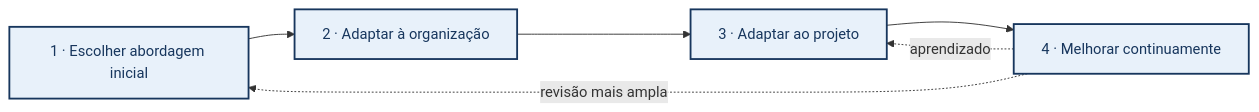
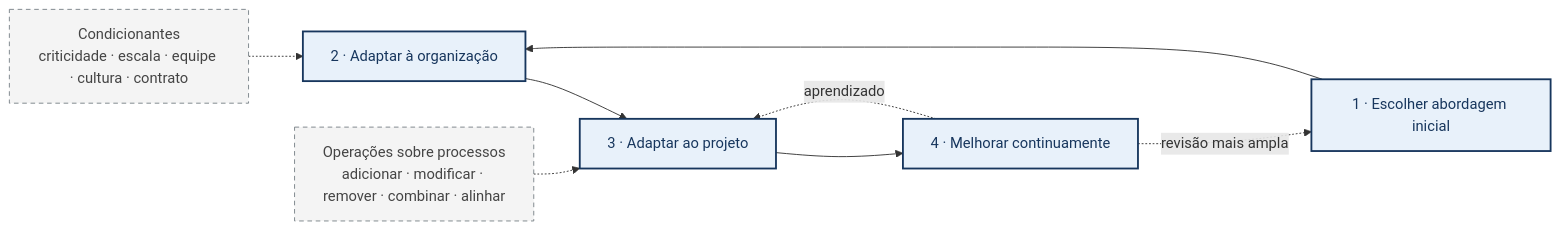
The second of 3 diagrams in _grupo/P3D/entregas/MD/P3D_Privacidade2_Relatorio_PT.md (cadu-unb/_POS-PPCA-GPTI_2026-2), drawn with Mermaid before and after one commit. The commit also changed other lines of this file and 19 other files, not shown here.

````diff
--- a/_grupo/P3D/entregas/MD/P3D_Privacidade2_Relatorio_PT.md
+++ b/_grupo/P3D/entregas/MD/P3D_Privacidade2_Relatorio_PT.md
@@ -178,8 +320,12 @@
 ```mermaid
 flowchart LR
+    F["Condicionantes<br/>criticidade · escala · equipe · cultura · contrato"] -.-> O
     A["1 · Escolher abordagem inicial"] --> O["2 · Adaptar à organização"] --> P["3 · Adaptar ao projeto"] --> M["4 · Melhorar continuamente"]
     M -. aprendizado .-> P
     M -. revisão mais ampla .-> A
+    X["Operações sobre processos<br/>adicionar · modificar · remover · combinar · alinhar"] -.-> P
     classDef step fill:#e8f1fa,stroke:#17365d,stroke-width:2px,color:#17365d
+    classDef side fill:#f4f4f4,stroke:#7a8288,stroke-dasharray:5 4,color:#444444
     class A,O,P,M step
+    class F,X side
 ```
````
